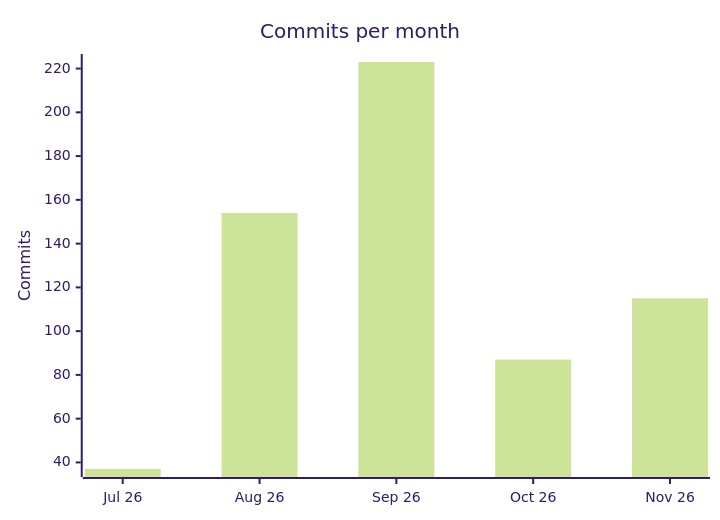
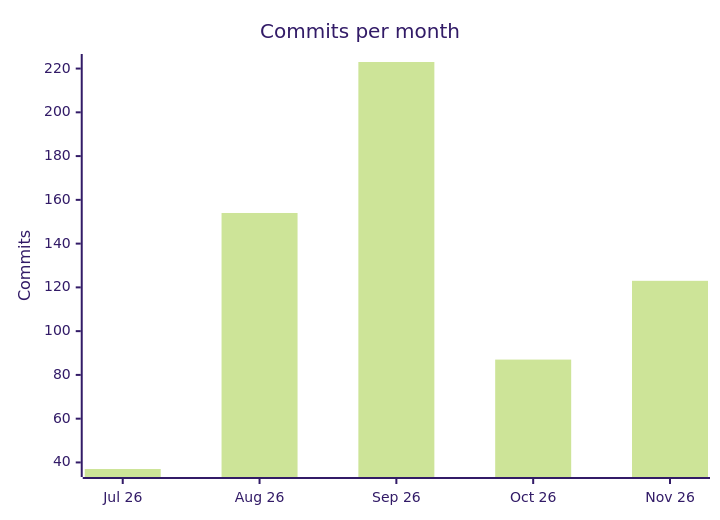
Before and after one commit to PSEMS-CO-FOE/.github: the first of 2 diagrams in profile/README.md, drawn with Mermaid (forest theme). The commit also changed other lines of this file, not shown here.

````diff
--- a/profile/README.md
+++ b/profile/README.md
@@ -94,7 +94,7 @@
 ```mermaid
 xychart-beta
     title "Commits per month"
     x-axis ["Jul 26", "Aug 26", "Sep 26", "Oct 26", "Nov 26"]
     y-axis "Commits"
-    bar [37, 154, 223, 87, 115]
+    bar [37, 154, 223, 87, 123]
 ```
````
